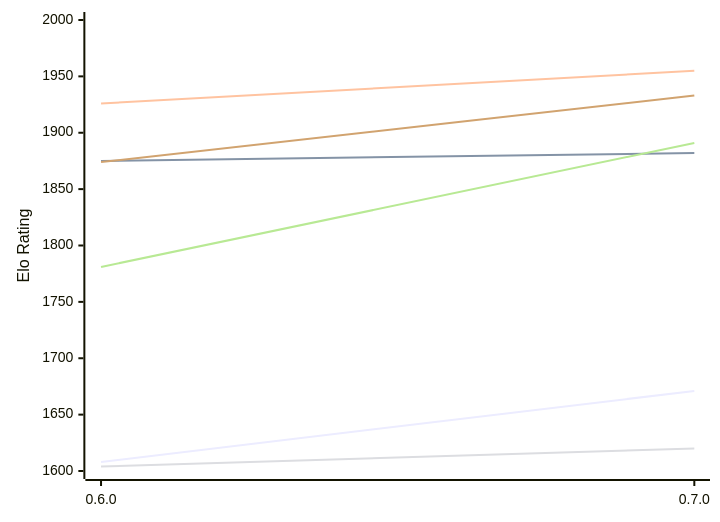
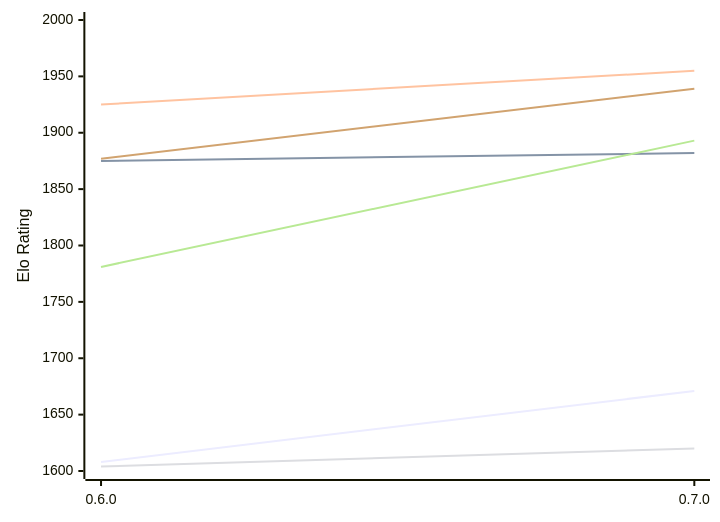
One commit to computer-chess-index/cci changed the first of 2 diagrams in engines/Chess-rs.md. Above: the diagram before and after it, drawn with Mermaid. The commit also changed other lines of this file, not shown here.

Commit message:
Update CCI Ratings (ELO VLTC) - 2026-11-28

````diff
--- a/engines/Chess-rs.md
+++ b/engines/Chess-rs.md
@@ -51,12 +51,12 @@
 ```mermaid
 %%{init: {"theme":"base","themeVariables":{"seriesColors:['#a3a3a3','#222221','#faa371']}}}%%
 xychart-beta
   x-axis ["0.6.0", "0.7.0"]
   y-axis "Elo Rating" 1600 --> 2000
   line "E1: STC (8.0+0.08s)" [1608, 1671]
   line "E1: LTC (60.0+0.60s)" [1875, 1882]
-  line "E1: VLTC (2m24s+1.12s)" [1926, 1955]
+  line "E1: VLTC (2m24s+1.12s)" [1925, 1955]
   line "P1: STC (8.0+0.08s)" [1604, 1620]
-  line "P1: LTC (60.0+0.60s)" [1781, 1891]
-  line "P1: VLTC (2m24s+1.12s)" [1874, 1933]
+  line "P1: LTC (60.0+0.60s)" [1781, 1893]
+  line "P1: VLTC (2m24s+1.12s)" [1877, 1939]
 ```
````
